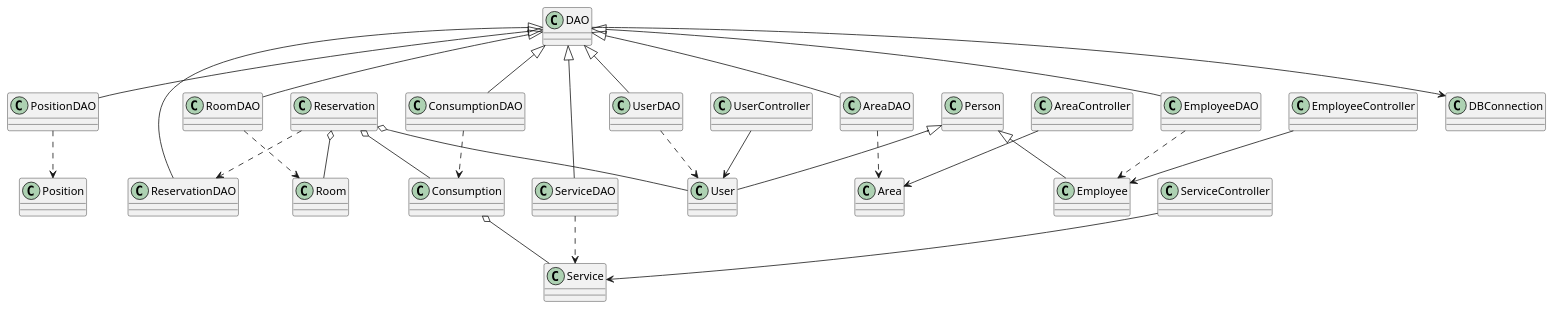
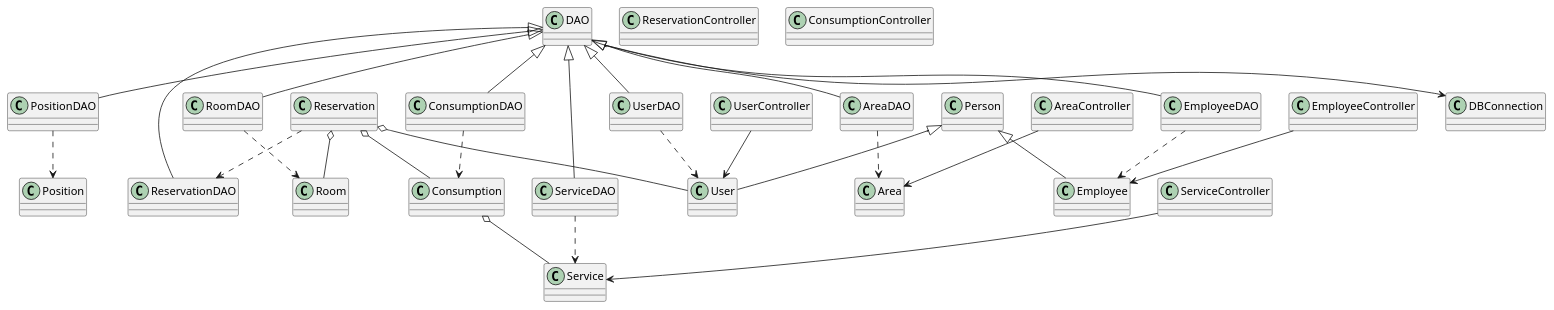
Before and after one commit to brayandiazssjd/homer: the diagram in class-diagram.puml, drawn with PlantUML. The commit also changed 3 other files, not shown here.

Commit message:
Added some updates in the class diagram, added a new license and added a jdbc for psql

```diff
--- a/class-diagram.puml
+++ b/class-diagram.puml
@@ -1,72 +1,77 @@
 @startuml
 
 
 ' Defintion
 
 ' Models
+
 class User
 class Consumption
 class Reservation
 class Room
 class Person
 class Employee
 class Service
 class DBConnection
 class Area
 class Position
 
 ' DAOs
+
 class DAO
 class PositionDAO
 class AreaDAO
 class RoomDAO
 class EmployeeDAO
 class UserDAO
 class ConsumptionDAO
 class ReservationDAO
 class ServiceDAO
 
 ' Controllers
-class AreaController
-class ServiceController
+
 class UserController
 class EmployeeController
+class ReservationController
+class ServiceController
+class ConsumptionController
 
 ' Relations
 
 ' Generalization
 Person <|-- Employee
 Person <|-- User
 DAO <|-down- AreaDAO
 DAO <|-down- PositionDAO
 DAO <|-down- RoomDAO
 DAO <|-down- EmployeeDAO
 DAO <|-down- ServiceDAO
 DAO <|-down- ReservationDAO
 DAO <|-down- UserDAO
 DAO <|-down- ConsumptionDAO
 
 ' Agregation
 Reservation o-- User 
 Reservation o-- Room
 Reservation o-- Consumption
 Consumption  o-- Service
 
 ' Dependency
 ConsumptionDAO ..> Consumption
 ServiceDAO ..> Service 
 RoomDAO ..> Room
 EmployeeDAO ..> Employee
 UserDAO ..> User
 Reservation ..> ReservationDAO 
 AreaDAO ..> Area
 PositionDAO ..> Position
 
 ' Association
 DAO --> DBConnection
 ServiceController --> Service
 UserController --> User
 AreaController --> Area 
 EmployeeController --> Employee
 
+
 @enduml
```
